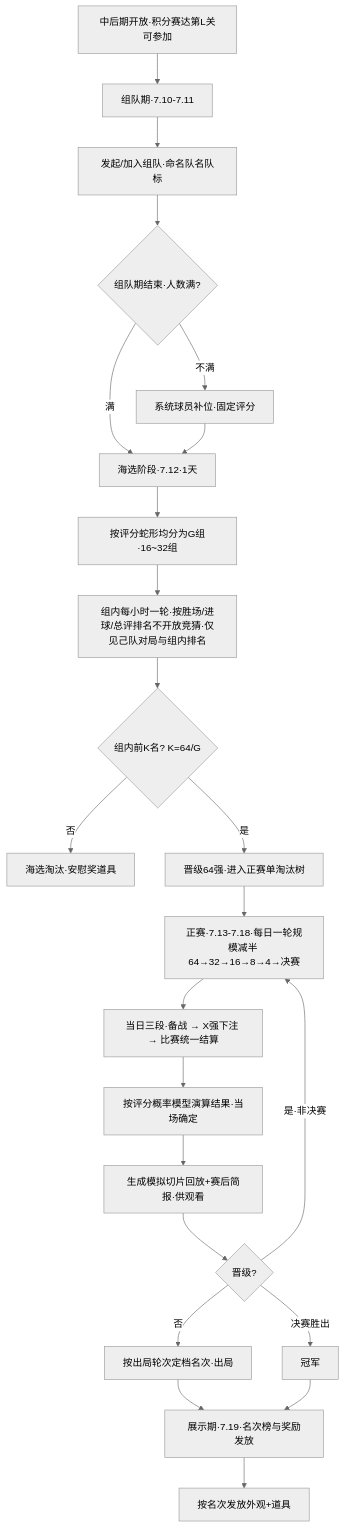
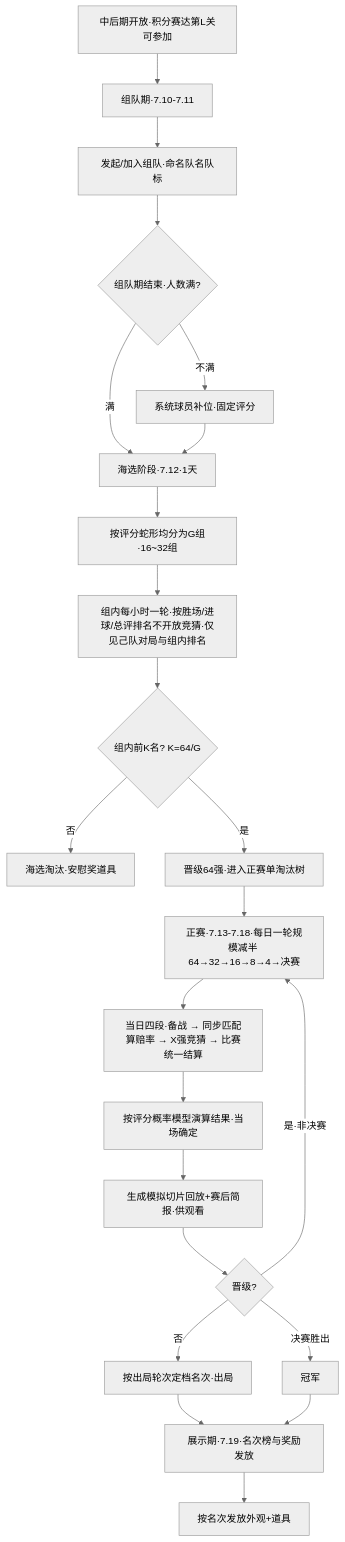
The seventh of 8 diagrams in output/2026世界杯主题活动-开发文档.md (RehearsalTap4Fun/MindToDoc), drawn with Mermaid (neutral theme) before and after one commit. The commit also changed other lines of this file and 25 other files, not shown here.

````diff
--- a/output/2026世界杯主题活动-开发文档.md
+++ b/output/2026世界杯主题活动-开发文档.md
@@ -705,25 +841,25 @@
 ```mermaid
 flowchart TD
     A[中后期开放·积分赛达第L关可参加] --> B[组队期·7.10-7.11]
     B --> C[发起/加入组队·命名队名队标]
     C --> D{组队期结束·人数满?}
 D -->|不满| E[系统球员补位·固定评分]
  D -->|满| F[海选阶段·7.12·1天]
  E --> F
  F --> G[按评分蛇形均分为G组·16~32组]
  G --> H[组内每小时一轮·按胜场/进球/总评排名不开放竞猜·仅见己队对局与组内排名]
  H --> I{组内前K名? K=64/G}
  I -->|否| J[海选淘汰·安慰奖道具]
  I -->|是| K[晋级64强·进入正赛单淘汰树]
  K --> L[正赛·7.13-7.18·每日一轮规模减半 64→32→16→8→4→决赛]
- L --> M[当日三段·备战 → X强下注 → 比赛统一结算]
+ L --> M[当日四段·备战 → 同步匹配算赔率 → X强竞猜 → 比赛统一结算]
  M --> N[按评分概率模型演算结果·当场确定]
  N --> O[生成模拟切片回放+赛后简报·供观看]
  O --> P{晋级?}
  P -->|是·非决赛| L
  P -->|否| Q[按出局轮次定档名次·出局]
  P -->|决赛胜出| R[冠军]
  Q --> S[展示期·7.19·名次榜与奖励发放]
  R --> S
  S --> T[按名次发放外观+道具]
 ```
````
